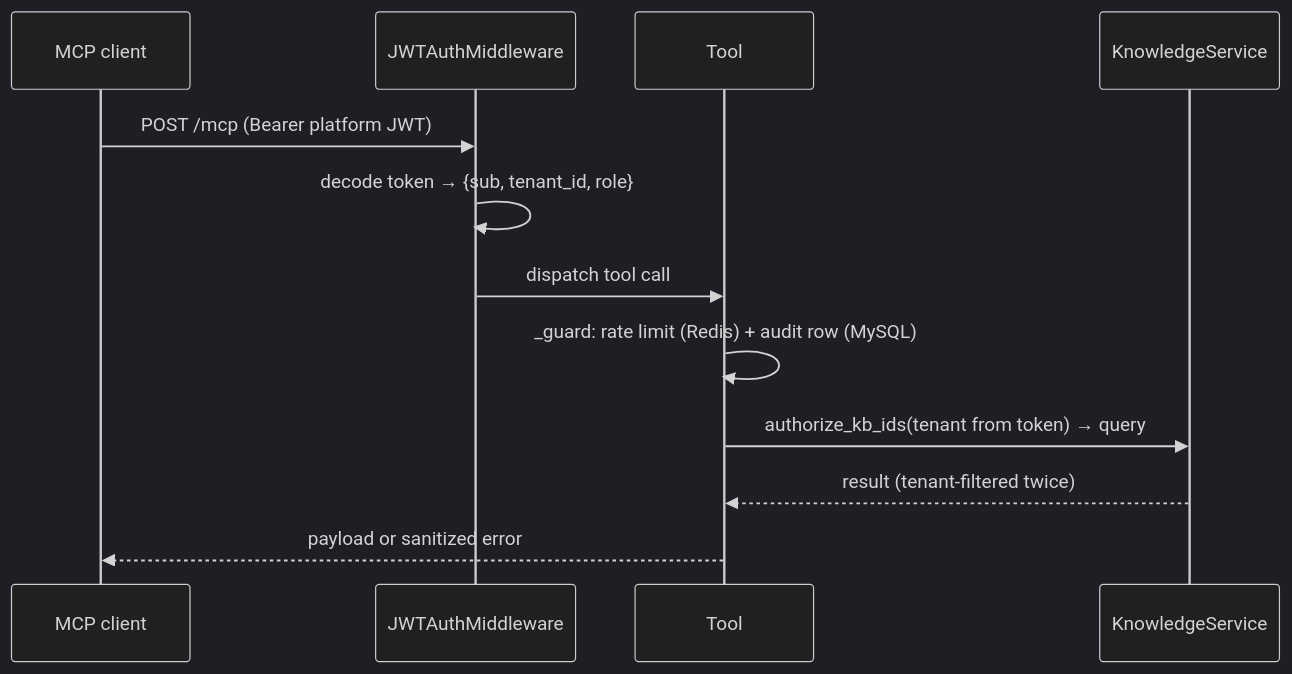
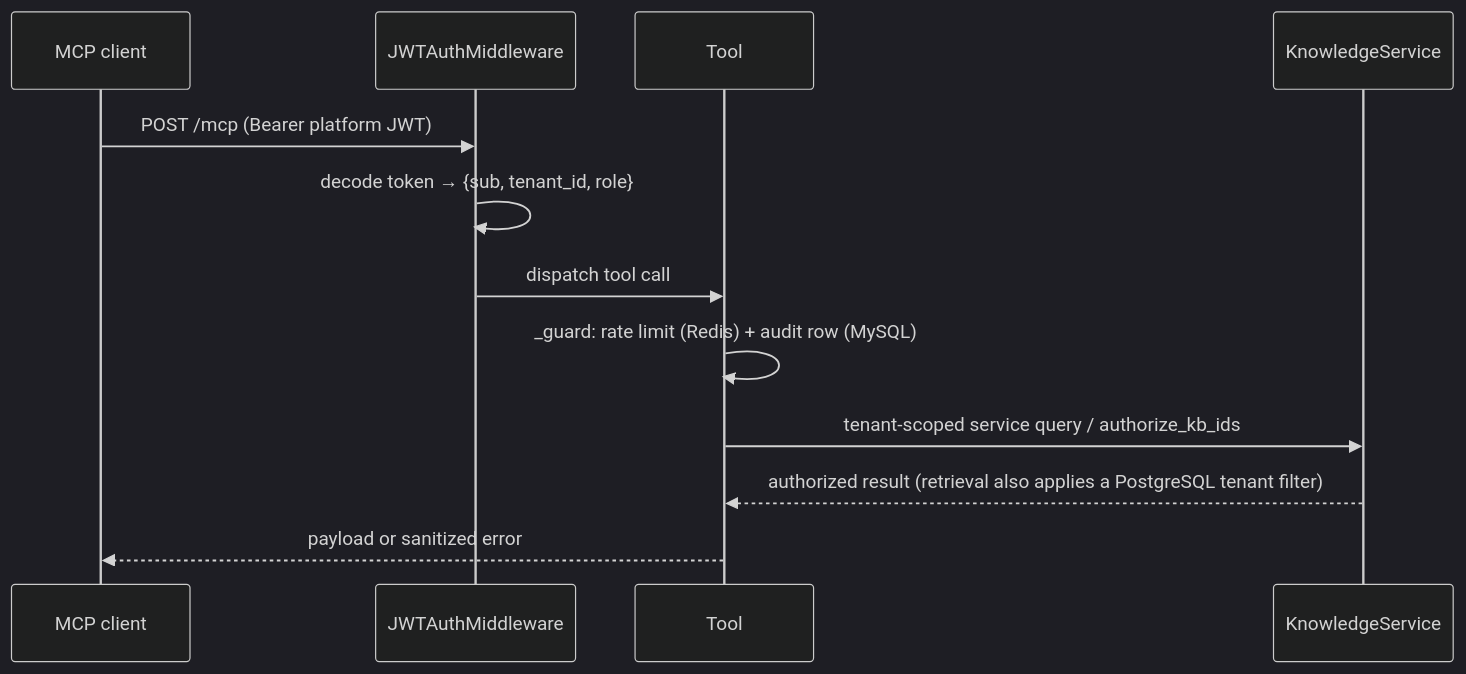
One commit to gituser18synthora/EchoSphere changed the diagram in docs/MCP_TOOLS.md. Above: the diagram before and after it, drawn with Mermaid (dark theme). The commit also changed other lines of this file and 17 other files, not shown here.

````diff
--- a/docs/MCP_TOOLS.md
+++ b/docs/MCP_TOOLS.md
@@ -31,15 +70,15 @@
 ```mermaid
 sequenceDiagram
     participant A as MCP client
     participant M as JWTAuthMiddleware
     participant T as Tool
     participant K as KnowledgeService
 
     A->>M: POST /mcp (Bearer platform JWT)
     M->>M: decode token → {sub, tenant_id, role}
     M->>T: dispatch tool call
     T->>T: _guard: rate limit (Redis) + audit row (MySQL)
-    T->>K: authorize_kb_ids(tenant from token) → query
-    K-->>T: result (tenant-filtered twice)
+    T->>K: tenant-scoped service query / authorize_kb_ids
+    K-->>T: authorized result (retrieval also applies a PostgreSQL tenant filter)
     T-->>A: payload or sanitized error
 ```
````
